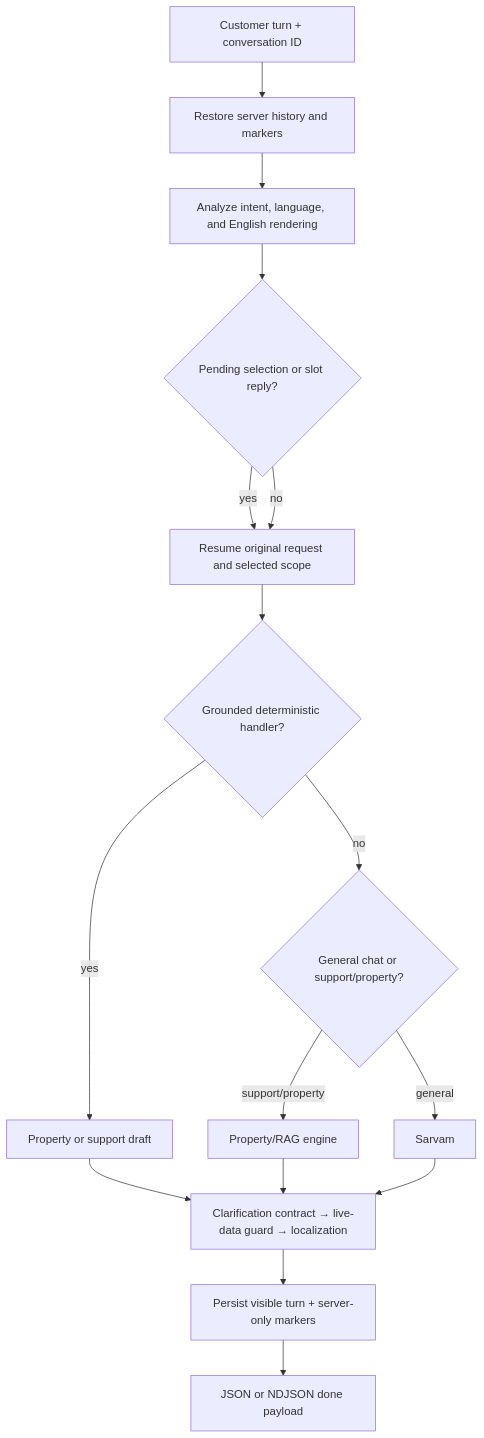
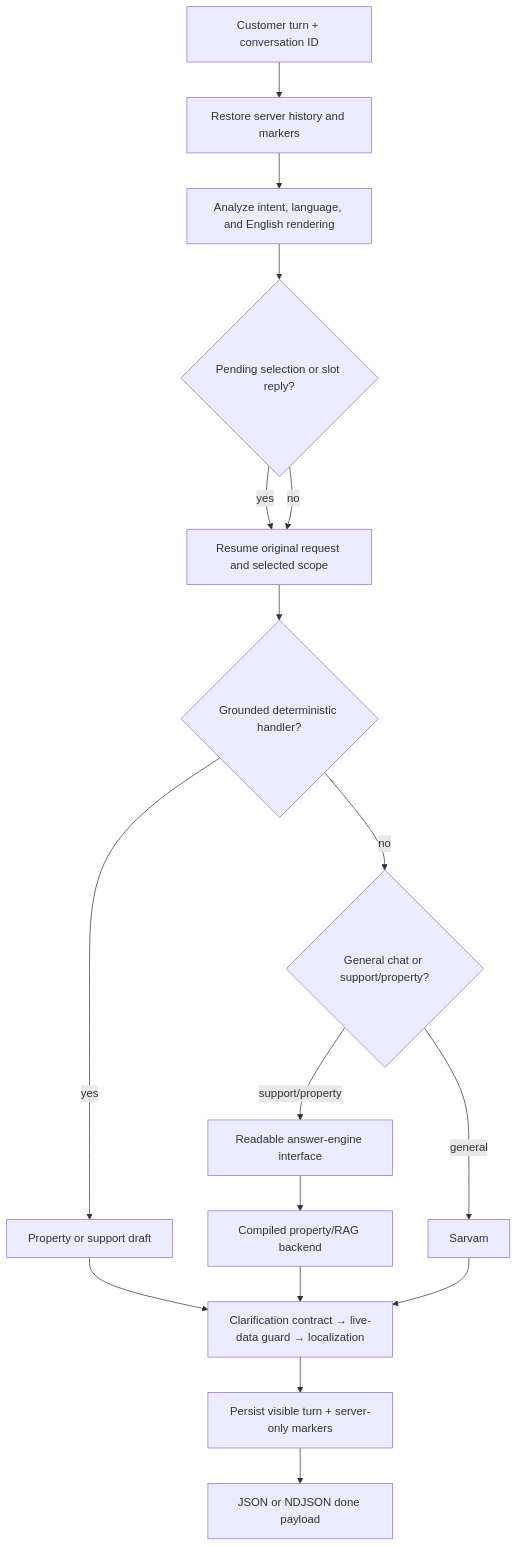
One commit to Anish-1205/acrobuild_customercare changed the first of 2 diagrams in docs/CHAT_FLOW.md. Above: the diagram before and after it, drawn with Mermaid. The commit also changed other lines of this file and 11 other files, not shown here.

````diff
--- a/docs/CHAT_FLOW.md
+++ b/docs/CHAT_FLOW.md
@@ -15,18 +15,19 @@
 ```mermaid
 flowchart TD
   Request[Customer turn + conversation ID] --> Restore[Restore server history and markers]
   Restore --> Analyze[Analyze intent, language, and English rendering]
   Analyze --> Resume{Pending selection or slot reply?}
   Resume -->|yes| Context[Resume original request and selected scope]
   Resume -->|no| Context
   Context --> Shortcut{Grounded deterministic handler?}
   Shortcut -->|yes| Draft[Property or support draft]
   Shortcut -->|no| Route{General chat or support/property?}
   Route -->|general| LLM[Sarvam]
-  Route -->|support/property| Engine[Property/RAG engine]
+  Route -->|support/property| Seam[Readable answer-engine interface]
+  Seam --> Engine[Compiled property/RAG backend]
   Draft --> Complete[Clarification contract → live-data guard → localization]
   Engine --> Complete
   LLM --> Complete
   Complete --> Persist[Persist visible turn + server-only markers]
   Persist --> Response[JSON or NDJSON done payload]
 ```
````
